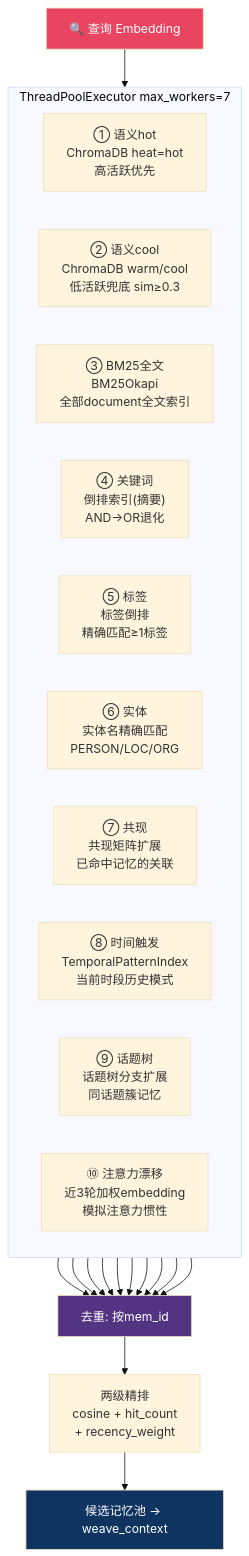
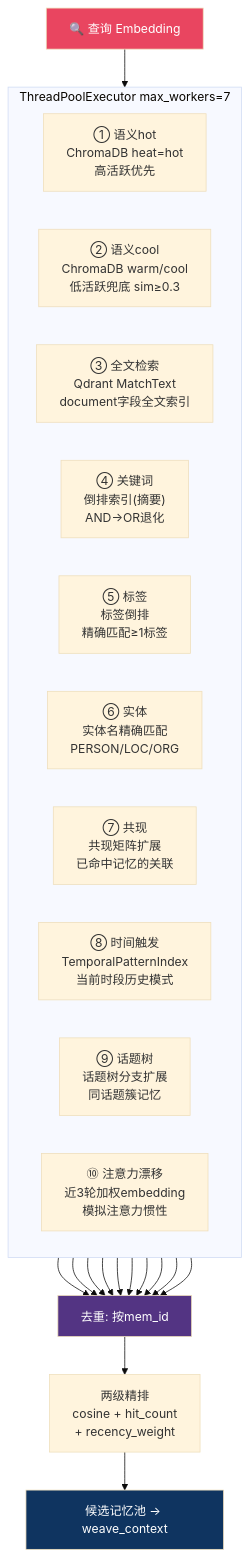
The third of 11 diagrams in ARCHITECTURE_DIAGRAM.md (834063245-creator/-First-beat.CH-MemorySystem), drawn with Mermaid (base theme) before and after one commit. The commit also changed other lines of this file and 15 other files, not shown here.

````diff
--- a/ARCHITECTURE_DIAGRAM.md
+++ b/ARCHITECTURE_DIAGRAM.md
@@ -102,26 +102,26 @@
 ```mermaid
 flowchart TB
     QUERY["🔍 查询 Embedding"] --> PARALLEL
 
     subgraph PARALLEL["ThreadPoolExecutor max_workers=7"]
         direction LR
         P1["① 语义hot<br/>ChromaDB heat=hot<br/>高活跃优先"]
         P2["② 语义cool<br/>ChromaDB warm/cool<br/>低活跃兜底 sim≥0.3"]
-        P3["③ BM25全文<br/>BM25Okapi<br/>全部document全文索引"]
+        P3["③ 全文检索<br/>Qdrant MatchText<br/>document字段全文索引"]
         P4["④ 关键词<br/>倒排索引(摘要)<br/>AND→OR退化"]
         P5["⑤ 标签<br/>标签倒排<br/>精确匹配≥1标签"]
         P6["⑥ 实体<br/>实体名精确匹配<br/>PERSON/LOC/ORG"]
         P7["⑦ 共现<br/>共现矩阵扩展<br/>已命中记忆的关联"]
         P8["⑧ 时间触发<br/>TemporalPatternIndex<br/>当前时段历史模式"]
         P9["⑨ 话题树<br/>话题树分支扩展<br/>同话题簇记忆"]
         P10["⑩ 注意力漂移<br/>近3轮加权embedding<br/>模拟注意力惯性"]
     end
 
     P1 & P2 & P3 & P4 & P5 & P6 & P7 & P8 & P9 & P10 --> MERGE["去重: 按mem_id"]
     MERGE --> RANK["两级精排<br/>cosine + hit_count<br/>+ recency_weight"]
     RANK --> RESULT["候选记忆池 → weave_context"]
 
     style QUERY fill:#e94560,color:#fff
     style MERGE fill:#533483,color:#fff
     style RESULT fill:#0f3460,color:#fff
 ```
````
